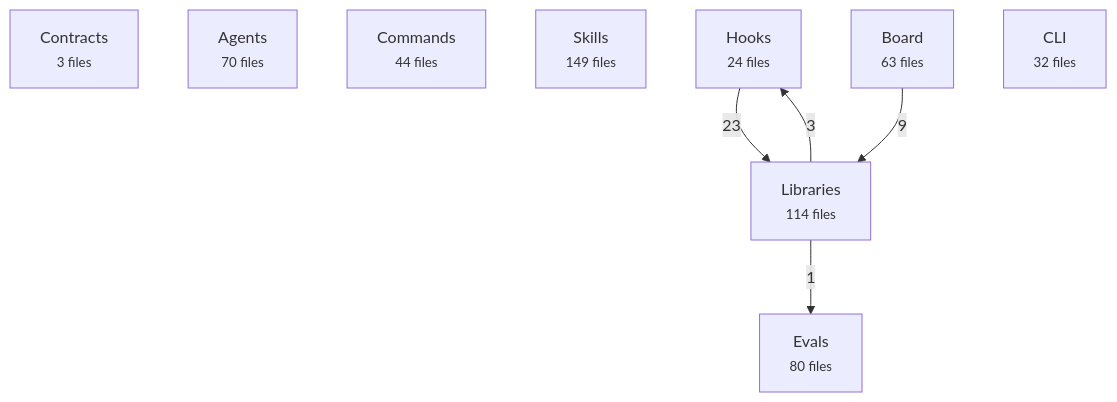
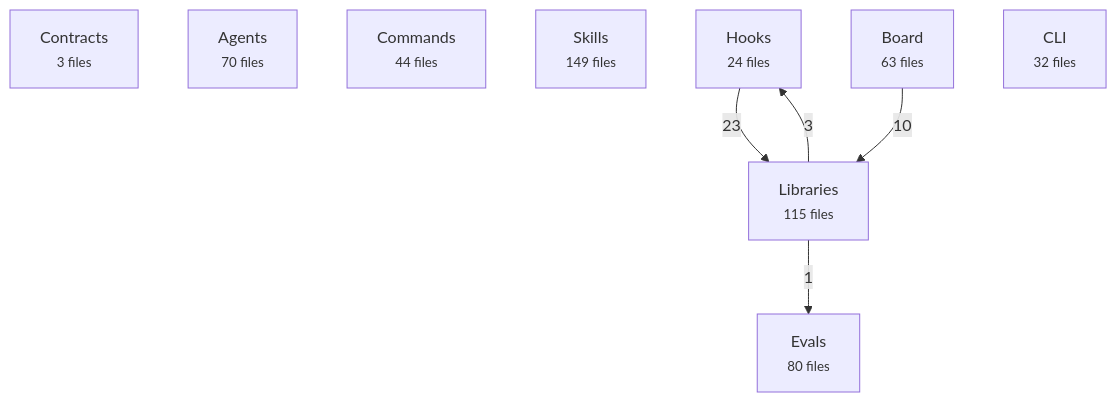
The first of 2 diagrams in docs/reference/architecture-map.md (avelikiy/great_cto), drawn with Mermaid before and after one commit. The commit also changed other lines of this file and 5 other files, not shown here.

````diff
--- a/docs/reference/architecture-map.md
+++ b/docs/reference/architecture-map.md
@@ -20,16 +20,16 @@
 ```mermaid
 flowchart TD
   contracts["Contracts<br/><small>3 files</small>"]
   agents["Agents<br/><small>70 files</small>"]
   commands["Commands<br/><small>44 files</small>"]
   skills["Skills<br/><small>149 files</small>"]
   hooks["Hooks<br/><small>24 files</small>"]
-  libs["Libraries<br/><small>114 files</small>"]
+  libs["Libraries<br/><small>115 files</small>"]
   board["Board<br/><small>63 files</small>"]
   cli["CLI<br/><small>32 files</small>"]
   evals["Evals<br/><small>80 files</small>"]
   hooks -->|23| libs
-  board -->|9| libs
+  board -->|10| libs
   libs -->|3| hooks
   libs -->|1| evals
 ```
````
